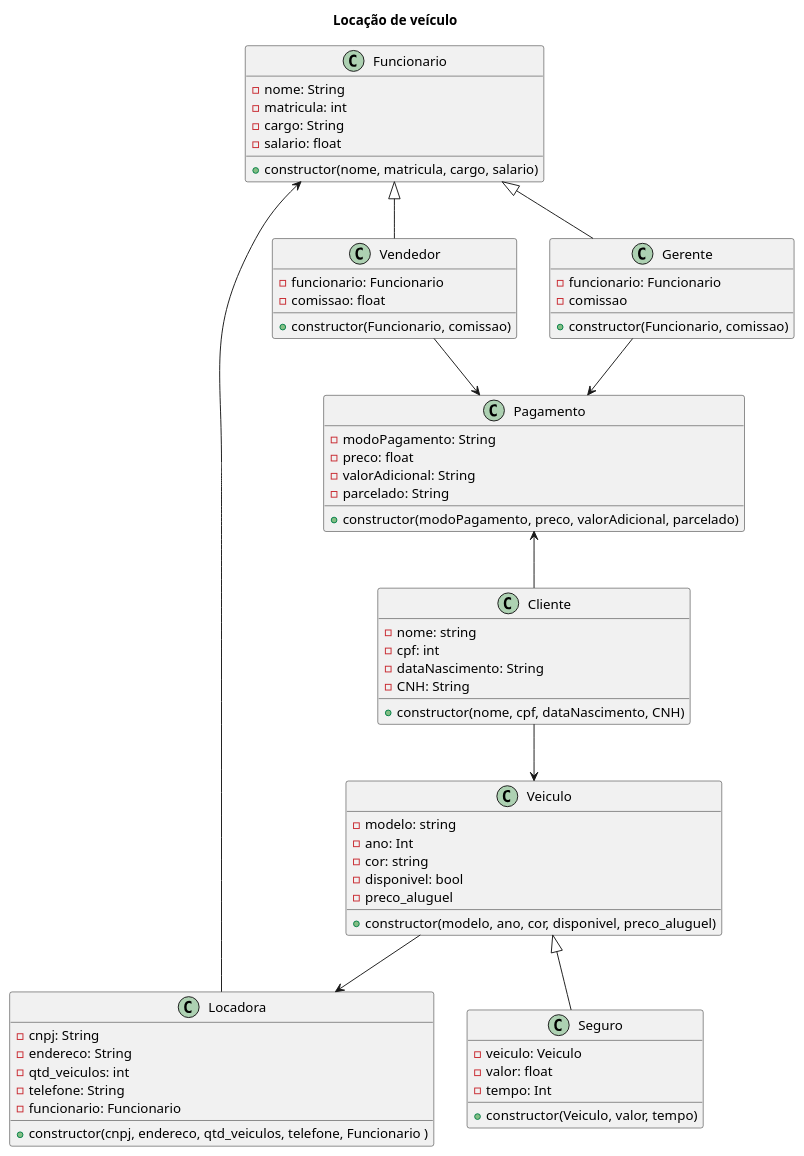
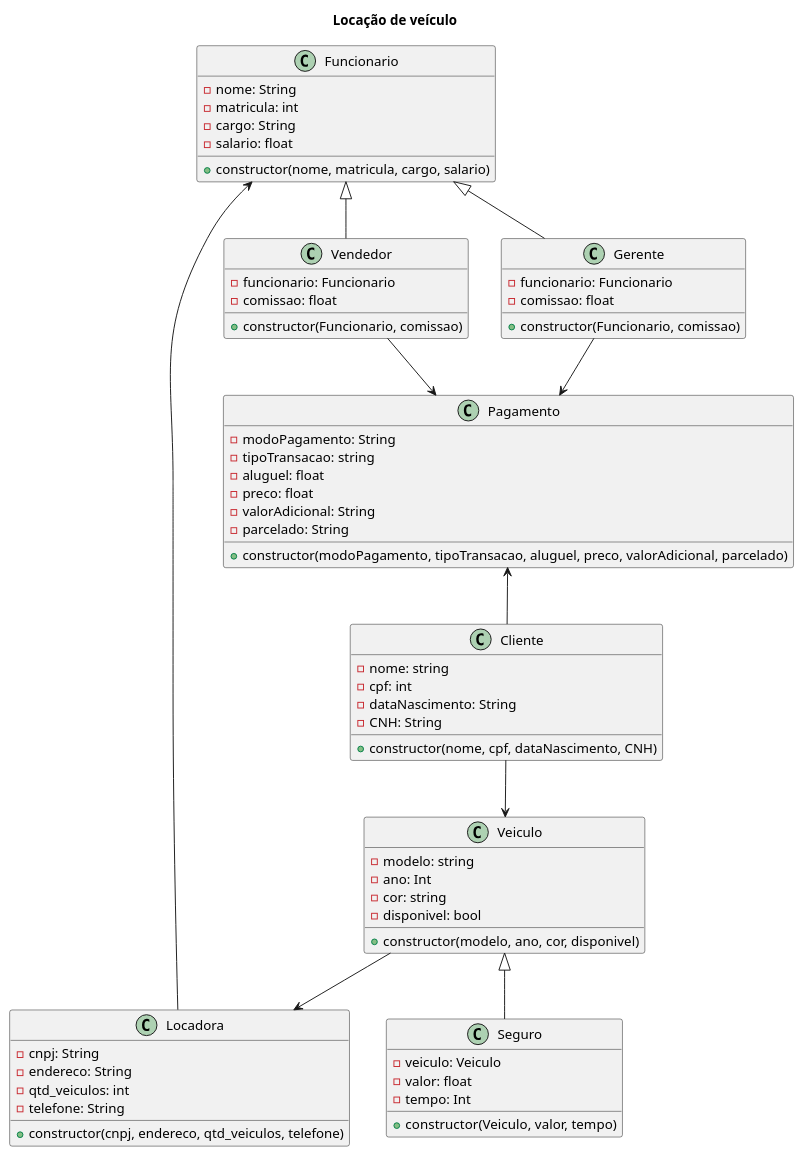
The diagram in modelo.plantuml (anleaes/2022-1-N2-POO-02), drawn with PlantUML before and after one commit. The commit also changed 15 other files, not shown here.

```diff
--- a/modelo.plantuml
+++ b/modelo.plantuml
@@ -1,79 +1,79 @@
 @startuml Locacao de veículo
 
 title Locação de veículo
 
 class Cliente{
     - nome: string
     - cpf: int
     - dataNascimento: String
     - CNH: String
     + constructor(nome, cpf, dataNascimento, CNH)
 }
 
 class Veiculo{
     - modelo: string
     - ano: Int
     - cor: string
     - disponivel: bool
-    - preco_aluguel
-    + constructor(modelo, ano, cor, disponivel, preco_aluguel)
+    + constructor(modelo, ano, cor, disponivel)
 }
 
 class Pagamento{
     - modoPagamento: String
+    - tipoTransacao: string
+    - aluguel: float
     - preco: float
     - valorAdicional: String
     - parcelado: String
-    + constructor(modoPagamento, preco, valorAdicional, parcelado)
+    + constructor(modoPagamento, tipoTransacao, aluguel, preco, valorAdicional, parcelado)
 }
 
 class Locadora{
     - cnpj: String
     - endereco: String
     - qtd_veiculos: int
     - telefone: String
-    - funcionario: Funcionario
-    + constructor(cnpj, endereco, qtd_veiculos, telefone, Funcionario )
+    + constructor(cnpj, endereco, qtd_veiculos, telefone)
 }
 
 class Funcionario{
     - nome: String
     - matricula: int
     - cargo: String
     - salario: float
     + constructor(nome, matricula, cargo, salario)
 
 }
 
 class Vendedor{
     - funcionario: Funcionario
     - comissao: float
     + constructor(Funcionario, comissao)
 }
 
 class Seguro{
     - veiculo: Veiculo
     - valor: float
     - tempo: Int
     + constructor(Veiculo, valor, tempo)
 }
 
 class Gerente{
     - funcionario: Funcionario
-    - comissao
+    - comissao: float
     + constructor(Funcionario, comissao)
 }
 
 Cliente --> Veiculo
 Funcionario <|-- Vendedor
 Veiculo <|-- Seguro
 Veiculo --> Locadora
 Pagamento <-- Cliente
 Funcionario <-- Locadora
 Vendedor --> Pagamento
 Funcionario <|-- Gerente
 Gerente --> Pagamento
 
 
 
 @enduml
```
